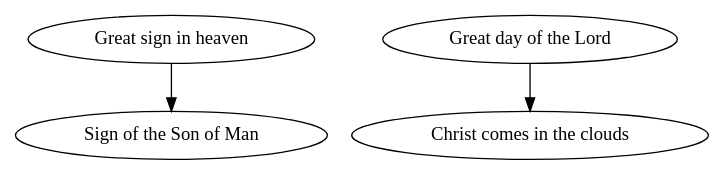
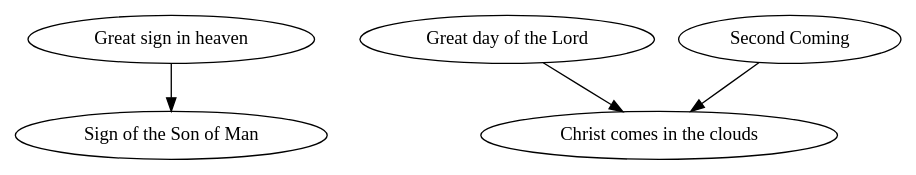
Before and after one commit to justincy/signs-of-the-second-coming: the diagram in synonyms/synonyms.gv, drawn with Graphviz. The commit also changed 3 other files, not shown here.

```diff
--- a/synonyms/synonyms.gv
+++ b/synonyms/synonyms.gv
@@ -1,16 +1,18 @@
 # List of signs that I believe are synonyms.
 #
 # My reasoning for considering two signs as synonyms
 # is documented elsewhere. This list is used to 
 # programatically simplify the full graph by 
 # collapsing synonyms.
 #
 # In each (a -> b) pair, the sign on the left will
 # be replaced in the graph by the sign on the right.
 
 digraph {
   "Great sign in heaven" -> "Sign of the Son of Man"
 
   # D&C 34:7-8
   "Great day of the Lord" -> "Christ comes in the clouds"
+
+  "Second Coming" -> "Christ comes in the clouds"
 }
```
